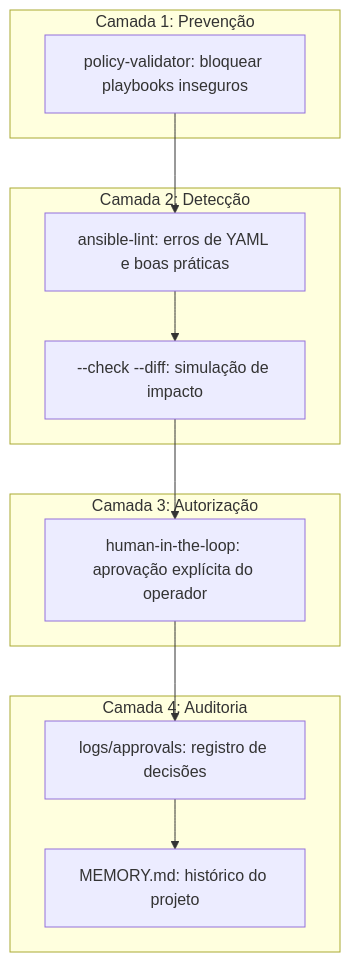
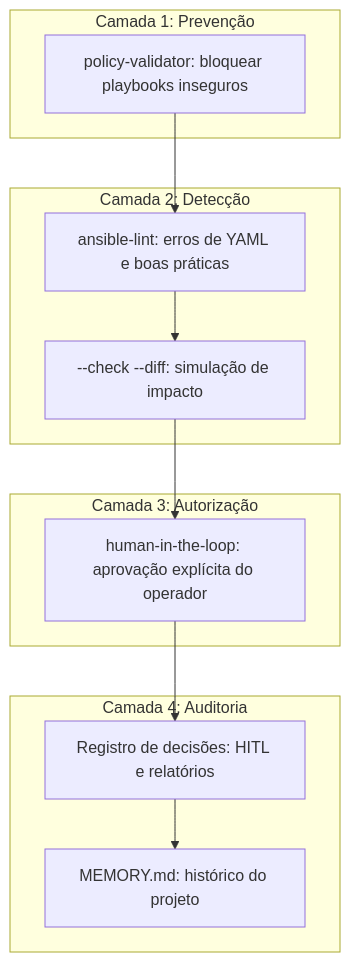
The fourth of 4 diagrams in docs/ANSIBLE-GUIDE.md (AlexRabelo/aiops-control-node), drawn with Mermaid before and after one commit. The commit also changed other lines of this file, not shown here.

First line of the commit message:
docs: revisar ANSIBLE-GUIDE.md - diagramas Mermaid e checklists

````diff
--- a/docs/ANSIBLE-GUIDE.md
+++ b/docs/ANSIBLE-GUIDE.md
@@ -490,23 +457,23 @@
 ```mermaid
 graph TD
     subgraph "Camada 1: Prevenção"
         A[policy-validator: bloquear playbooks inseguros]
     end
     subgraph "Camada 2: Detecção"
         B[ansible-lint: erros de YAML e boas práticas]
         C[--check --diff: simulação de impacto]
     end
     subgraph "Camada 3: Autorização"
         D[human-in-the-loop: aprovação explícita do operador]
     end
     subgraph "Camada 4: Auditoria"
-        E[logs/approvals: registro de decisões]
+        E[Registro de decisões: HITL e relatórios]
         F[MEMORY.md: histórico do projeto]
     end
 
     A --> B
     B --> C
     C --> D
     D --> E
     E --> F
 ```
````
